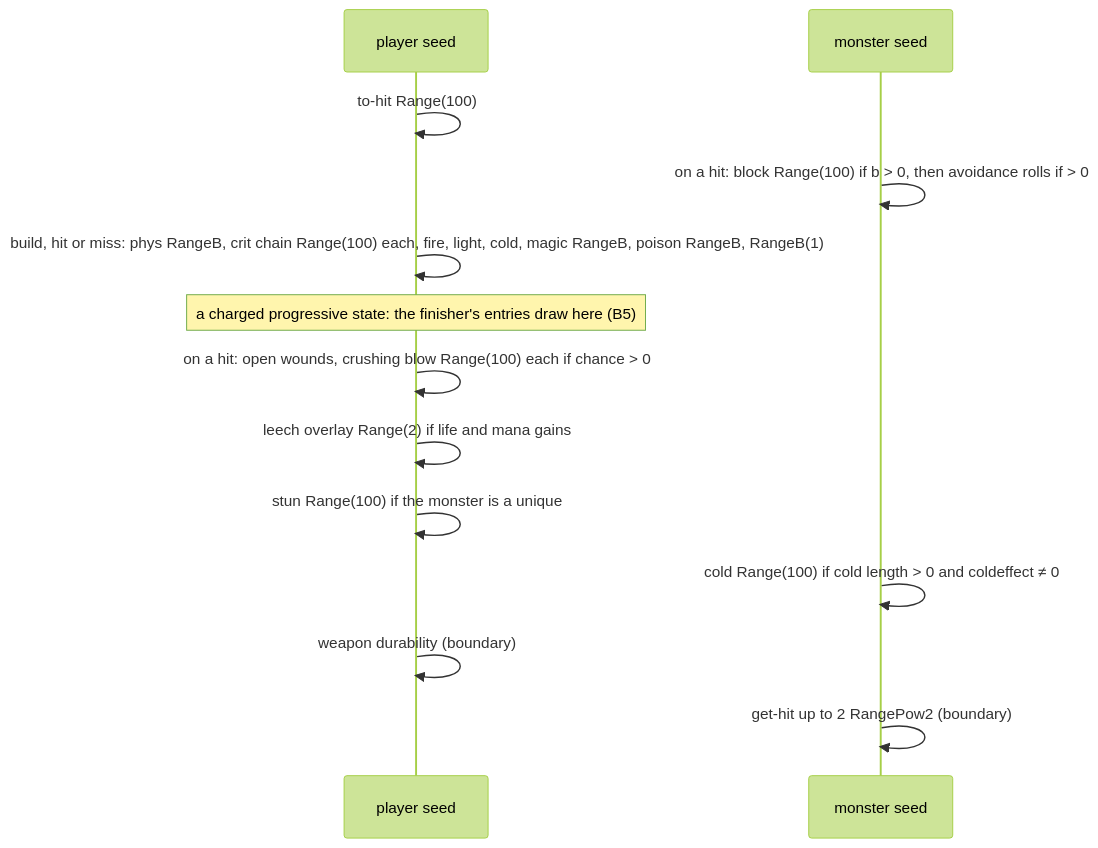
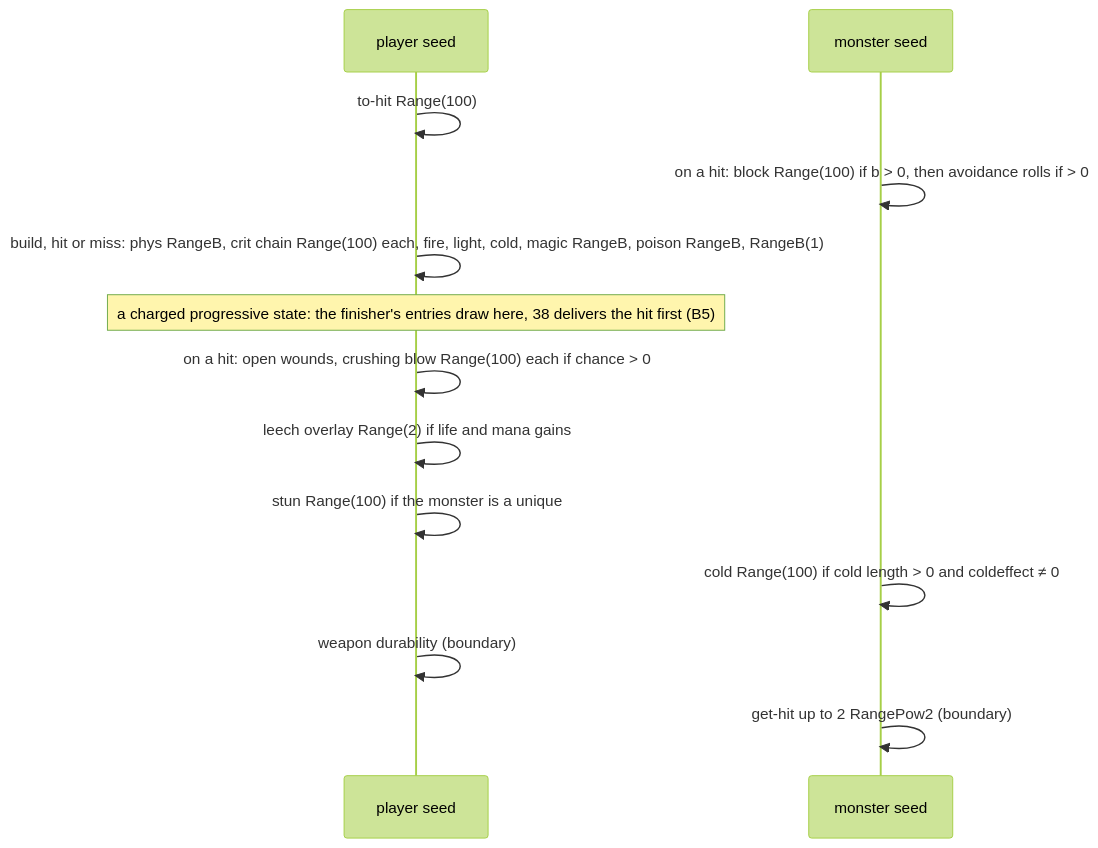
One commit to IgorKonovalov/diablo-2-recompilation changed the third of 6 diagrams in docs/specs/combat/README.md. Above: the diagram before and after it, drawn with Mermaid (forest theme). The commit also changed other lines of this file and 7 other files, not shown here.

````diff
--- a/docs/specs/combat/README.md
+++ b/docs/specs/combat/README.md
@@ -212,15 +212,15 @@
 ```mermaid
 sequenceDiagram
   participant A as player seed
   participant M as monster seed
   A->>A: to-hit Range(100)
   M->>M: on a hit: block Range(100) if b > 0, then avoidance rolls if > 0
   A->>A: build, hit or miss: phys RangeB, crit chain Range(100) each, fire, light, cold, magic RangeB, poison RangeB, RangeB(1)
-  Note over A: a charged progressive state: the finisher's entries draw here (B5)
+  Note over A: a charged progressive state: the finisher's entries draw here, 38 delivers the hit first (B5)
   A->>A: on a hit: open wounds, crushing blow Range(100) each if chance > 0
   A->>A: leech overlay Range(2) if life and mana gains
   A->>A: stun Range(100) if the monster is a unique
   M->>M: cold Range(100) if cold length > 0 and coldeffect ≠ 0
   A->>A: weapon durability (boundary)
   M->>M: get-hit up to 2 RangePow2 (boundary)
 ```
````
